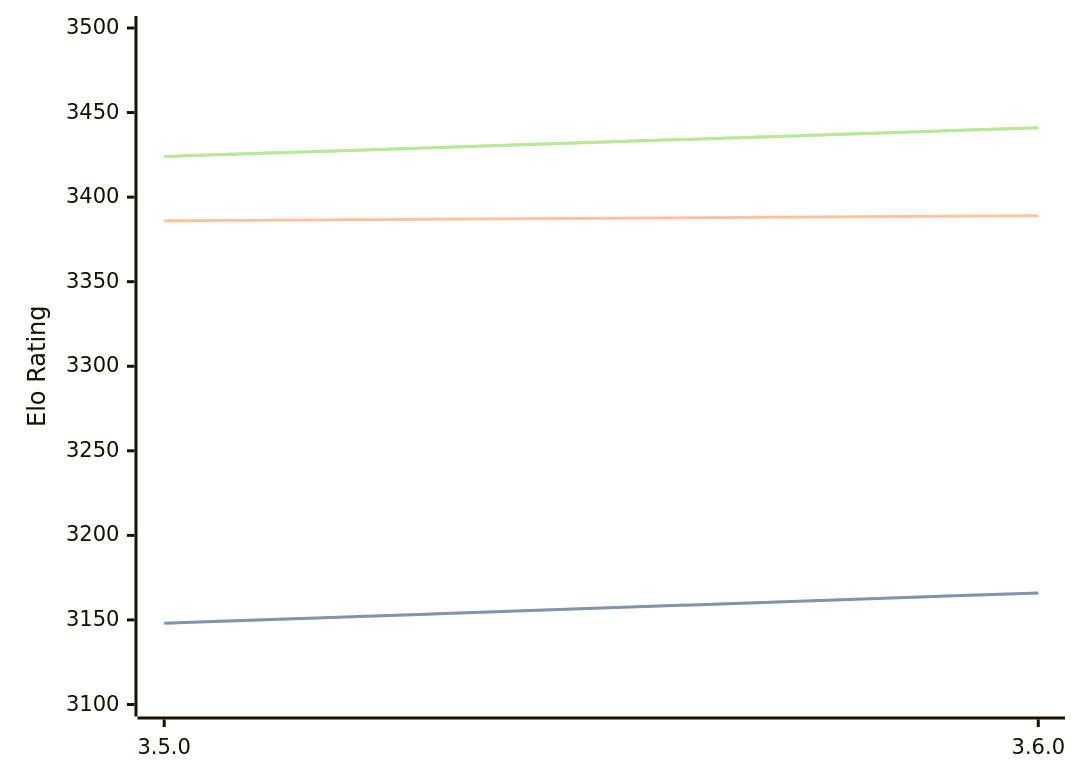
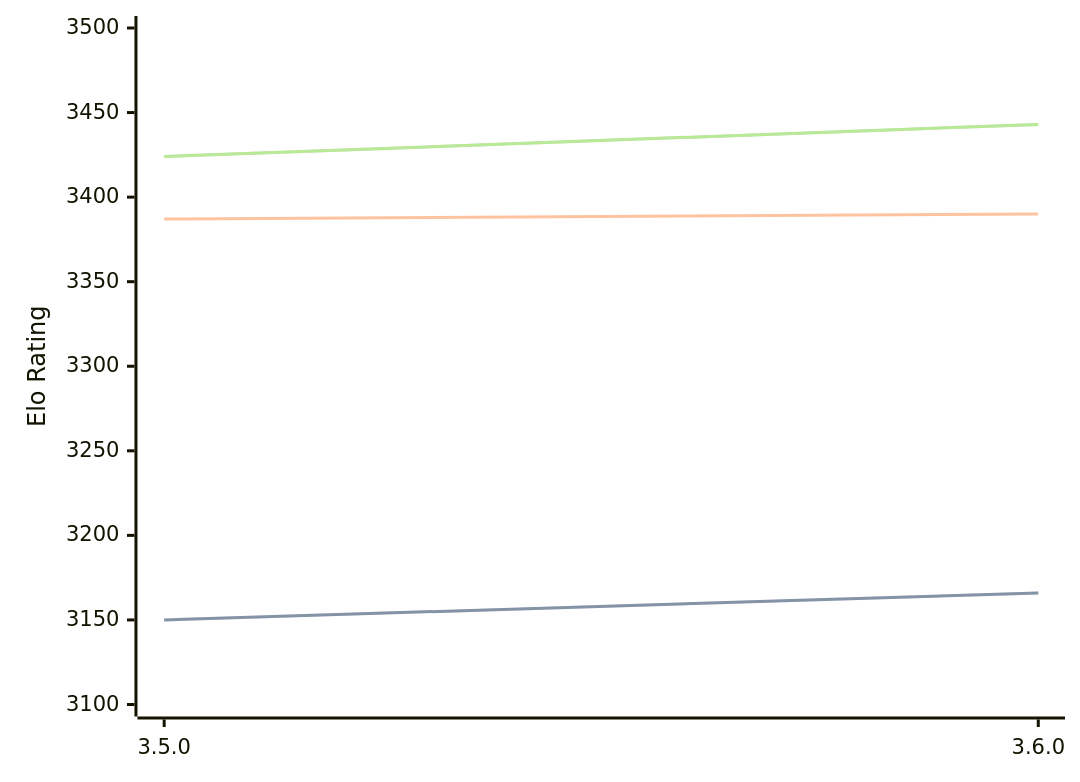
The third of 3 diagrams in engines/Igel.md (computer-chess-index/cci), drawn with Mermaid before and after one commit. The commit also changed other lines of this file, not shown here.

Commit message:
Update CCI Ratings (ELO VLTC) - 2026-06-21

````diff
--- a/engines/Igel.md
+++ b/engines/Igel.md
@@ -101,11 +101,11 @@
 ```mermaid
 %%{init: {"theme":"base","themeVariables":{"seriesColors:['#a3a3a3','#222221','#faa371']}}}%%
 xychart-beta
   x-axis ["3.5.0", "3.6.0"]
   y-axis "Elo Rating" 3100 --> 3500
-  line "STC (8.0+0.08s)" [3148, 3166]
-  line "STC (8.0+0.08s)" [3148, 3166]
-  line "LTC (60.0+0.60s)" [3386, 3389]
-  line "VLTC (2m24s+1.12s)" [3424, 3441]
-  line "VLTC (2m24s+1.12s)" [3424, 3441]
+  line "STC (8.0+0.08s)" [3150, 3166]
+  line "STC (8.0+0.08s)" [3150, 3166]
+  line "LTC (60.0+0.60s)" [3387, 3390]
+  line "VLTC (2m24s+1.12s)" [3424, 3443]
+  line "VLTC (2m24s+1.12s)" [3424, 3443]
 ```
````
